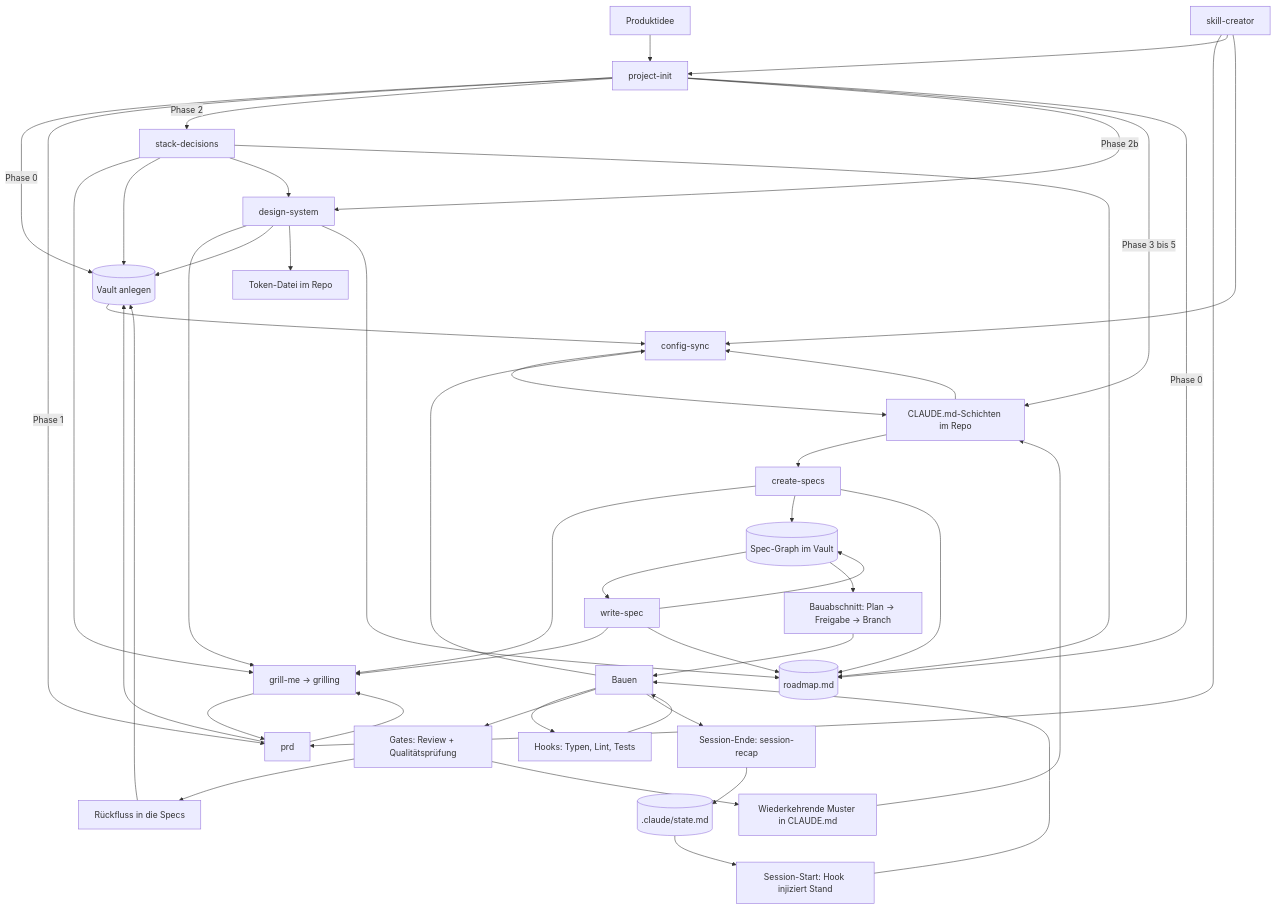
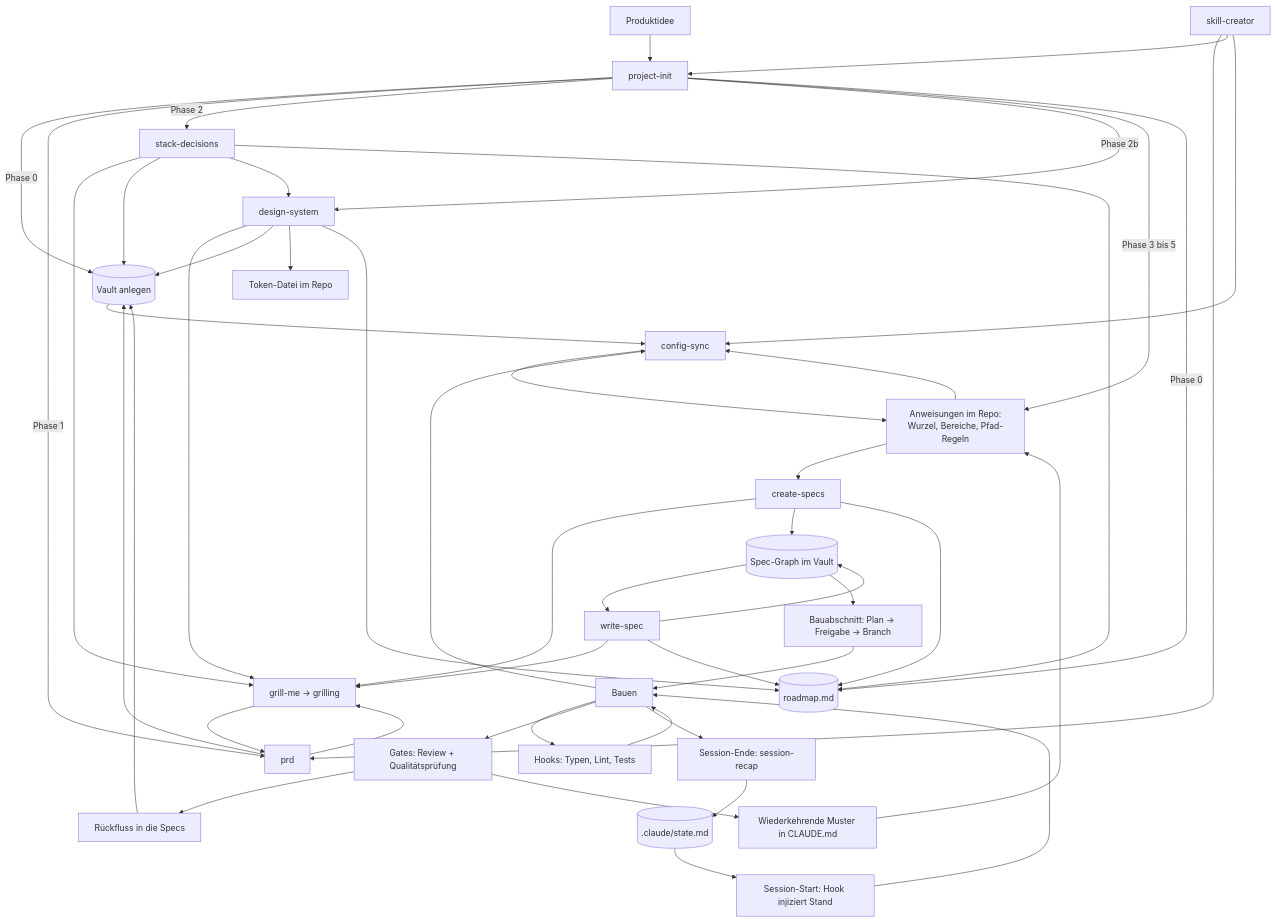
One commit to mxrius1706/Ai-Coding-Framework changed the diagram in LOOP.md. Above: the diagram before and after it, drawn with Mermaid. The commit also changed other lines of this file and 2 other files, not shown here.

Commit message:
docs: Schichtzahl durch das Kriterium ersetzen, das sie meinte
'Drei Schichten' war meine Gruppierung, nicht Anthropics Zaehlung, und
sie war an einer Stelle unsauber: eine Regel ohne paths: laedt wie die
Wurzel, ist also keine eigene Ebene, sondern ein anderer Ort fuer
dieselbe. Ausserdem legt der Skill inzwischen auch CLAUDE.local.md und
Hooks an, womit die Zahl das Ergebnis nicht mehr beschrieb.

Statt einer Zahl steht jetzt das Kriterium: Anweisungen getrennt danach,
wann sie in den Kontext geladen werden. Damit gibt es keine Ausnahme
mehr, die der Einleitung widerspricht.

Diagramm-Beschriftung mitgezogen, weil 'Phase 3 bis 5' direkt neben
'CLAUDE.md-Schichten' stand und beides als eine Zahl gelesen werden
konnte.

Claude-Session: https://claude.ai/code/session_01PgsaD39HHBAsYCp8JXzm8i

````diff
--- a/LOOP.md
+++ b/LOOP.md
@@ -25,53 +25,53 @@
 ```mermaid
 flowchart TD
     A[Produktidee] --> E[project-init]
     E -->|Phase 0| D[(Vault anlegen)]
     E -->|Phase 1| B[prd]
     B --> C[grill-me → grilling]
     C --> B
     B --> D
     E -->|Phase 2| S[stack-decisions]
     S --> C
     S --> D
     E -->|Phase 2b| DS[design-system]
     S --> DS
     DS --> C
     DS --> D
     DS --> TK[Token-Datei im Repo]
-    E -->|Phase 3 bis 5| F[CLAUDE.md-Schichten im Repo]
+    E -->|Phase 3 bis 5| F[Anweisungen im Repo:<br/>Wurzel, Bereiche, Pfad-Regeln]
 
     F --> CS[create-specs]
     CS --> C
     CS --> SP[(Spec-Graph im Vault)]
     SP --> WS[write-spec]
     WS --> C
     WS --> SP
     SP --> G[Bauabschnitt: Plan → Freigabe → Branch]
     G --> H[Bauen]
     H --> I[Hooks: Typen, Lint, Tests]
     I --> H
     H --> J[Gates: Review + Qualitätsprüfung]
     J --> K[Rückfluss in die Specs]
     K --> D
     J --> L[Wiederkehrende Muster in CLAUDE.md]
     L --> F
 
     F --> M[config-sync]
     M --> F
     D --> M
     H --> M
 
     N[Session-Ende: session-recap] --> O[(.claude/state.md)]
     E -->|Phase 0| RM[(roadmap.md)]
     S --> RM
     DS --> RM
     CS --> RM
     WS --> RM
     O --> P[Session-Start: Hook injiziert Stand]
     P --> H
     H --> N
 
     Q[skill-creator] --> B
     Q --> E
     Q --> M
 ```
````
